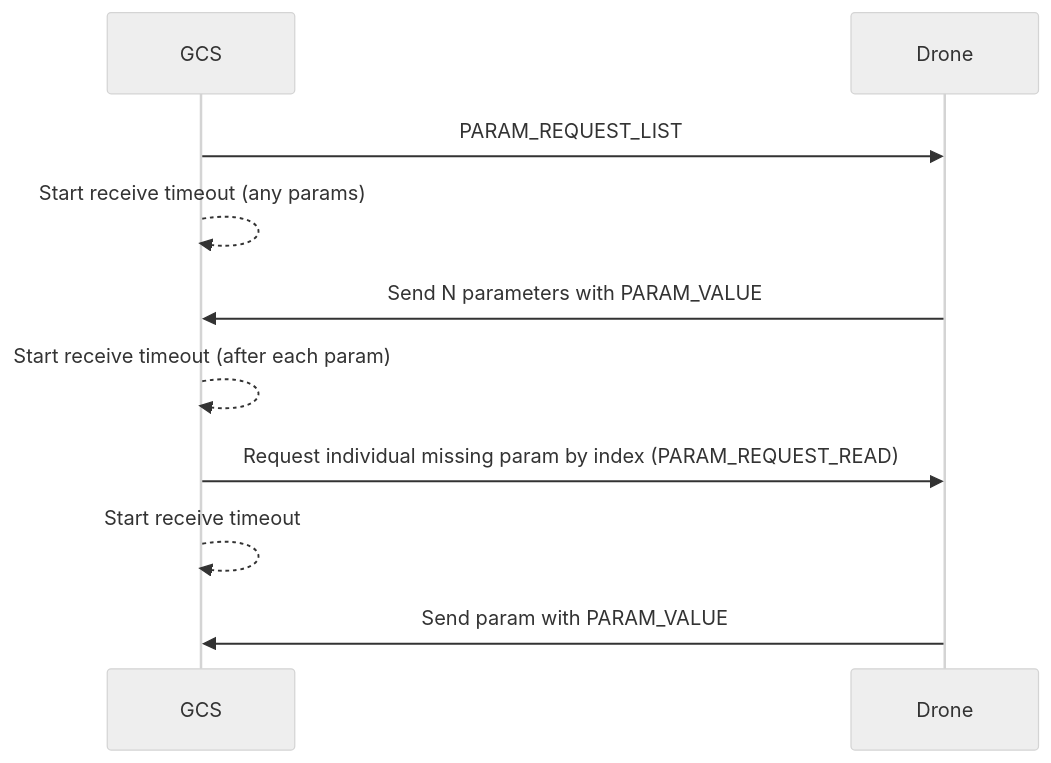
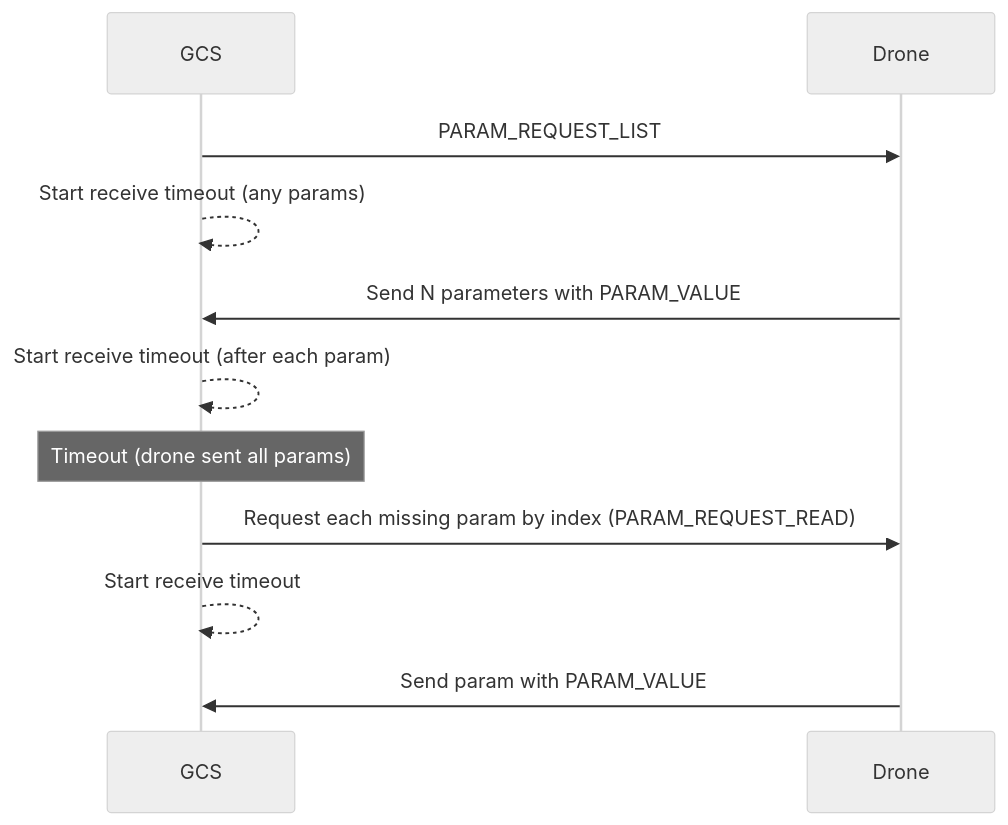
One commit to mavlink/mavlink-devguide changed the first of 3 diagrams in en/services/parameter.md. Above: the diagram before and after it, drawn with Mermaid (neutral theme). The commit also changed other lines of this file, not shown here.

Commit message:
Further tidy sequence. Clarify what happens on final timeout

```diff
--- a/en/services/parameter.md
+++ b/en/services/parameter.md
@@ -106,12 +106,13 @@
 {% mermaid %}
 sequenceDiagram;
     participant GCS
     participant Drone
     GCS->>Drone: PARAM_REQUEST_LIST
     GCS-->>GCS: Start receive timeout (any params)
     Drone->>GCS: Send N parameters with PARAM_VALUE
     GCS-->>GCS: Start receive timeout (after each param)
-    GCS->>Drone: Request individual missing param by index (PARAM_REQUEST_READ)
+    Note over GCS: Timeout (drone sent all params)
+    GCS->>Drone: Request each missing param by index (PARAM_REQUEST_READ)
     GCS-->>GCS: Start receive timeout
     Drone->>GCS: Send param with PARAM_VALUE
 {% endmermaid %}
```
